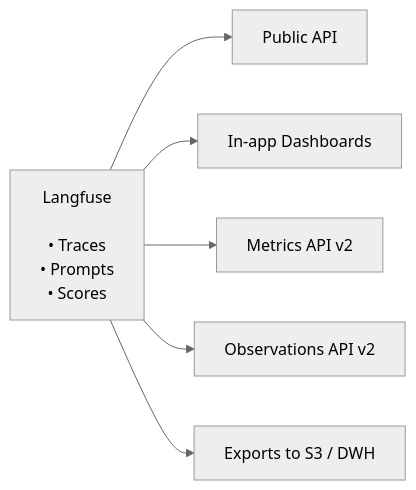
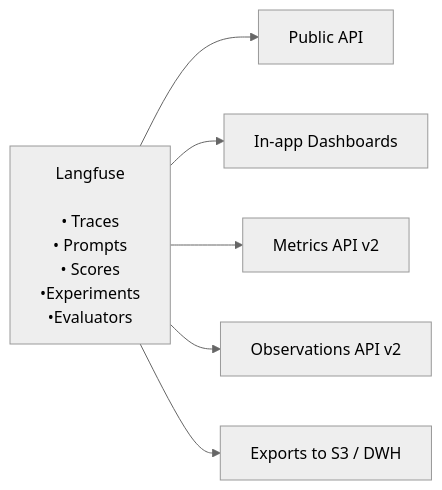
Before and after one commit to EladAriel/fullstack-llm-wiki: the diagram in frameworks/ai/langfuse/content/api-and-data-platform/overview.md, drawn with Mermaid (neutral theme). The commit also changed other lines of this file and 19581 other files, not shown here.

````diff
--- a/frameworks/ai/langfuse/content/api-and-data-platform/overview.md
+++ b/frameworks/ai/langfuse/content/api-and-data-platform/overview.md
@@ -32,10 +31,10 @@
 ```mermaid
 graph LR
-    LF["Langfuse<br/><br/>• Traces<br/>• Prompts<br/>• Scores"]
+    LF["Langfuse<br/><br/>• Traces<br/>• Prompts<br/>• Scores<br/>•Experiments<br/>•Evaluators"]
 
     LF --> API["Public API"]
     LF --> Dash["In-app Dashboards"]
     LF --> Metrics["Metrics API v2"]
     LF --> Observations["Observations API v2"]
     LF --> Export["Exports to S3 / DWH"]
 ```
````
